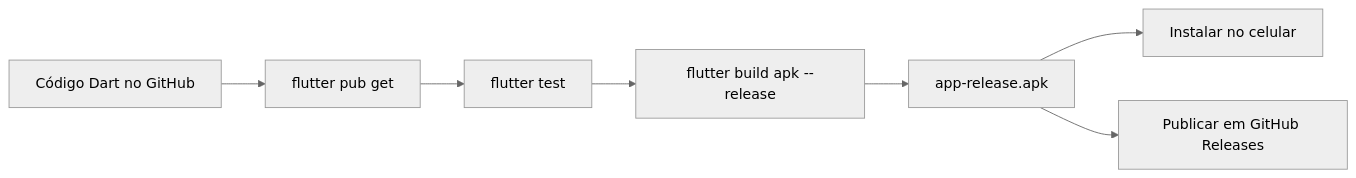
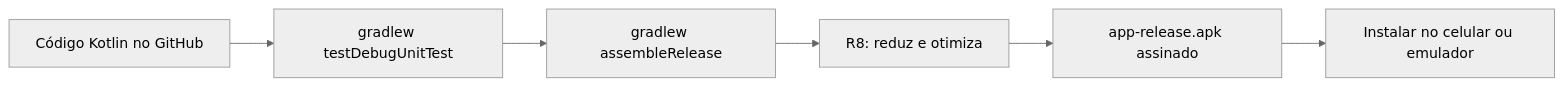
Before and after one commit to Marcus-Monaco/projeto-integrador-2026-2: the diagram in docs/08-geracao-apk.md, drawn with Mermaid (neutral theme). The commit also changed other lines of this file and 68 other files, not shown here.

````diff
--- a/docs/08-geracao-apk.md
+++ b/docs/08-geracao-apk.md
@@ -9,9 +11,8 @@
 ```mermaid
 flowchart LR
-    A[Código Dart no GitHub] --> B[flutter pub get]
-    B --> C[flutter test]
-    C --> D[flutter build apk --release]
-    D --> E[app-release.apk]
-    E --> F[Instalar no celular]
-    E --> G[Publicar em GitHub Releases]
+    A[Código Kotlin no GitHub] --> B[gradlew testDebugUnitTest]
+    B --> C[gradlew assembleRelease]
+    C --> D[R8: reduz e otimiza]
+    D --> E[app-release.apk assinado]
+    E --> F[Instalar no celular ou emulador]
 ```
````
